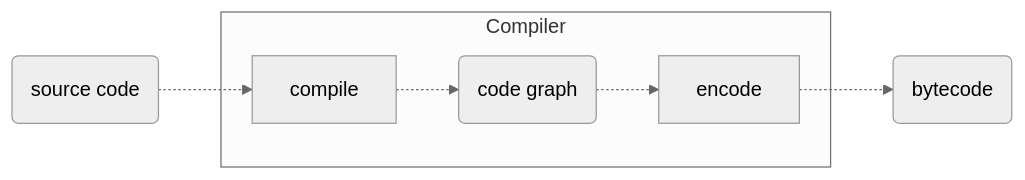
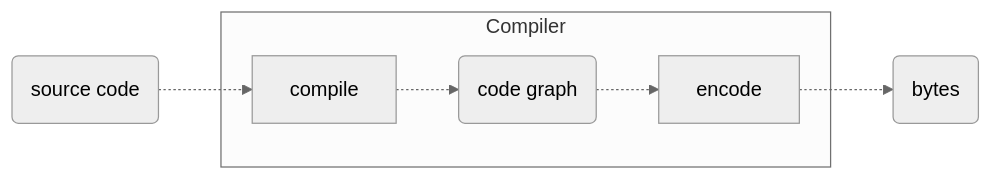
Before and after one commit to raviqqe/doc: the diagram in slides/papers/stak-scheme/compile.mmd, drawn with Mermaid (neutral theme). The commit also changed 2 other files, not shown here.

```diff
--- a/slides/papers/stak-scheme/compile.mmd
+++ b/slides/papers/stak-scheme/compile.mmd
@@ -1,8 +1,8 @@
 flowchart LR
   d0(source code) -.-> compile
 
   subgraph Compiler
     compile -.-> d1(code graph):::red -.-> encode
   end
 
-  encode -.-> d2(bytecode):::blue
+  encode -.-> d2(bytes):::blue
```
